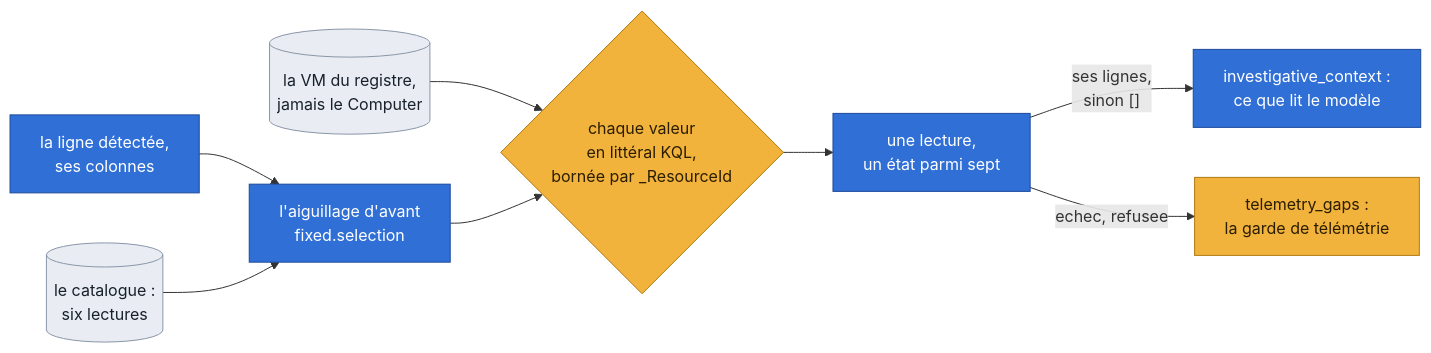
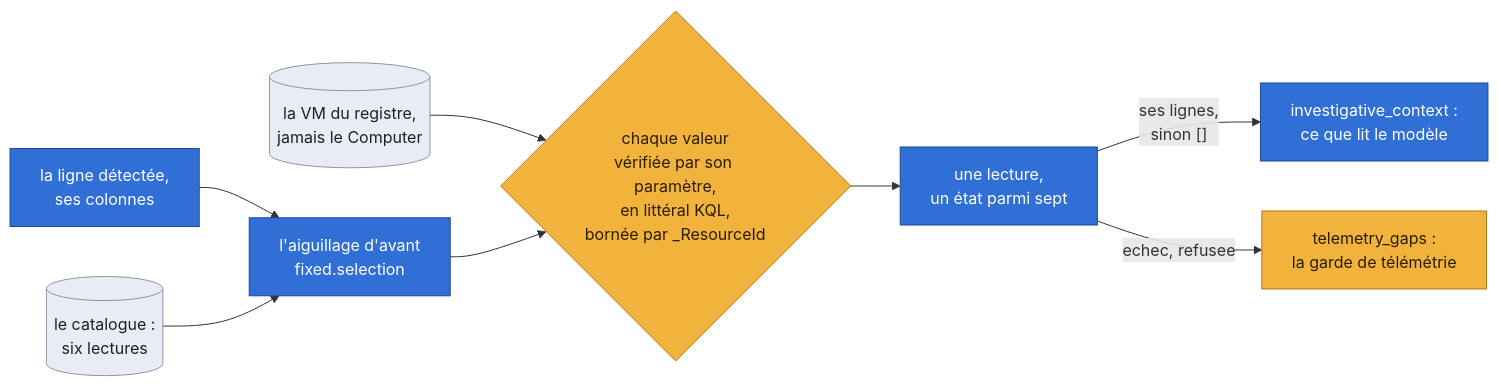
One commit to grootcyber/eregion changed the fifth of 10 diagrams in docs/architecture.md. Above: the diagram before and after it, drawn with Mermaid. The commit also changed other lines of this file and 5 other files, not shown here.

````diff
--- a/docs/architecture.md
+++ b/docs/architecture.md
@@ -230,16 +232,16 @@
 ```mermaid
 flowchart LR
     ROW["la ligne détectée,<br/>ses colonnes"] --> SEL["l'aiguillage d'avant<br/>fixed.selection"]
     CAT[("le catalogue :<br/>six lectures")] --> SEL
     REG[("la VM du registre,<br/>jamais le Computer")] --> RUN
-    SEL --> RUN{"chaque valeur<br/>en littéral KQL,<br/>bornée par _ResourceId"}
+    SEL --> RUN{"chaque valeur<br/>vérifiée par son paramètre,<br/>en littéral KQL,<br/>bornée par _ResourceId"}
     RUN --> ST["une lecture,<br/>un état parmi sept"]
     ST -->|"ses lignes,<br/>sinon []"| MSG["investigative_context :<br/>ce que lit le modèle"]
     ST -->|"echec, refusee"| GAP["telemetry_gaps :<br/>la garde de télémétrie"]
     classDef blue fill:#2f6fd6,stroke:#1d4a9a,color:#ffffff
     classDef guard fill:#f2b33d,stroke:#b07a12,color:#2b1d00
     classDef data fill:#e9edf3,stroke:#8a96a8,color:#18212b
     class ROW,SEL,ST,MSG blue
     class RUN,GAP guard
     class CAT,REG data
 ```
````
